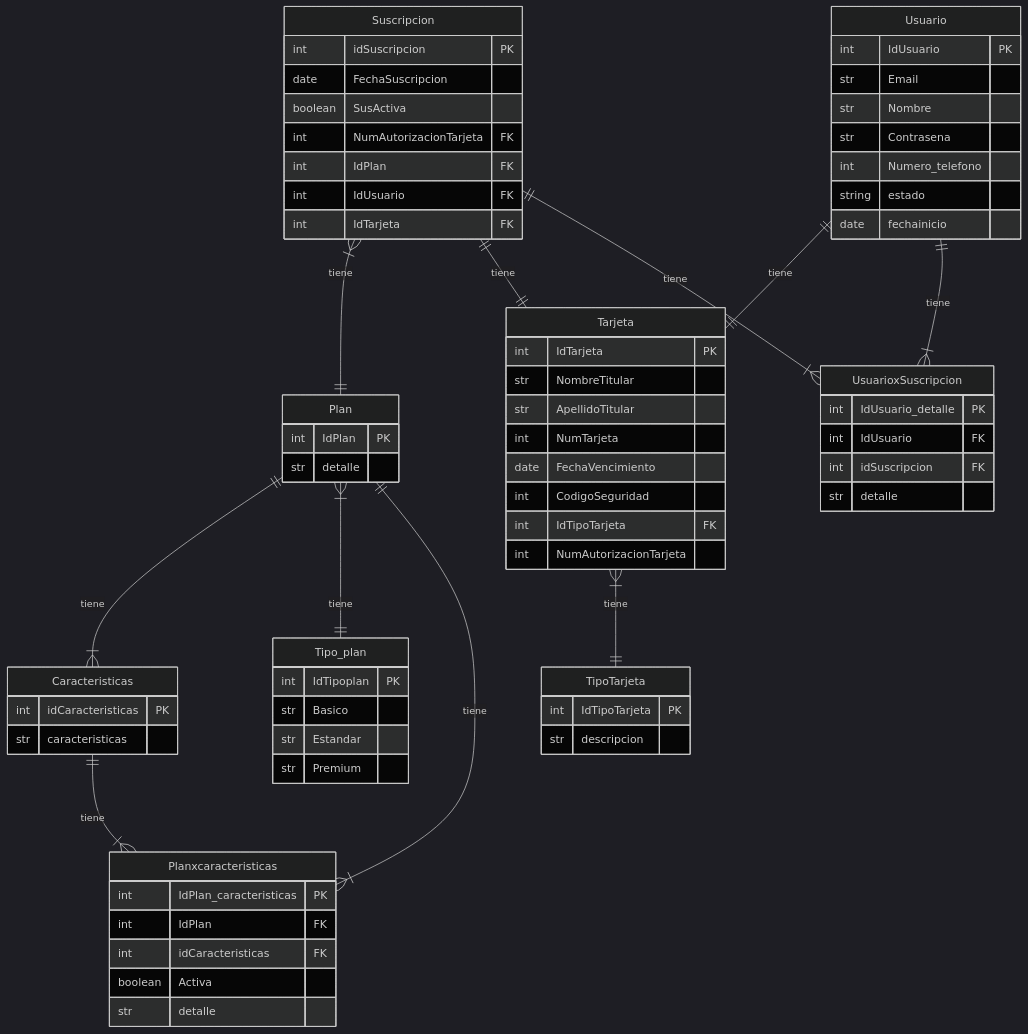
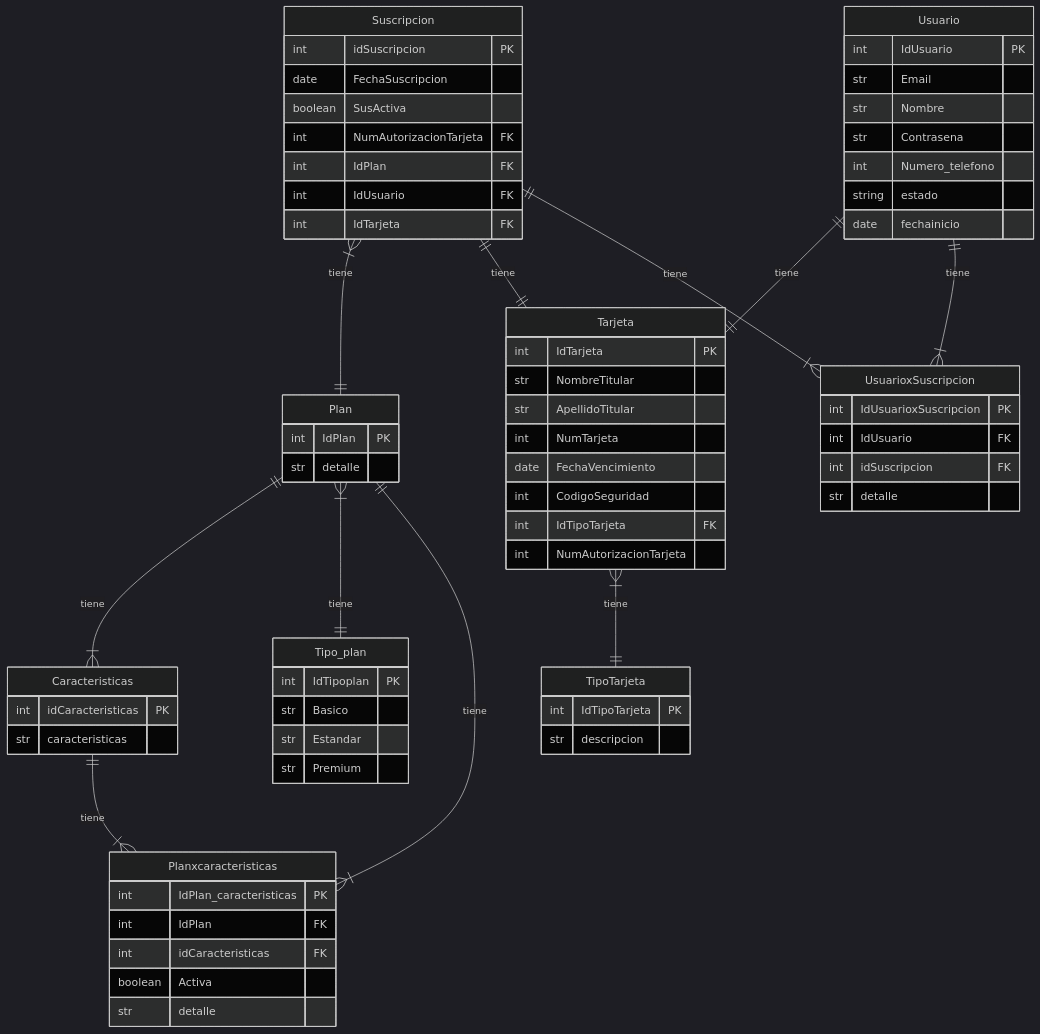
The diagram in Diagramas/diagrama.mmd (gonzalomartinex/TP_Django), drawn with Mermaid (dark theme) before and after one commit. The commit also changed 5 other files, not shown here.

Commit message:
diagrama

```diff
--- a/Diagramas/diagrama.mmd
+++ b/Diagramas/diagrama.mmd
@@ -1,80 +1,80 @@
 erDiagram
     Usuario{
         int IdUsuario PK
         str Email
         str Nombre
         str Contrasena
         int Numero_telefono
         string estado
         date fechainicio
     }
 
     Plan{
         int IdPlan PK 
         str detalle
     }
 
     Caracteristicas{
         int idCaracteristicas PK
         str caracteristicas
     }
 
     Tipo_plan{
         int IdTipoplan PK
         str Basico
         str Estandar
         str Premium
     }
 
     Tarjeta{
         int IdTarjeta PK
         str NombreTitular
         str ApellidoTitular
         int NumTarjeta
         date FechaVencimiento
         int CodigoSeguridad
         int IdTipoTarjeta FK
         int NumAutorizacionTarjeta
     }
 
     TipoTarjeta{
         int IdTipoTarjeta PK
         str descripcion
     }
 
     Suscripcion{
         int idSuscripcion PK
         date FechaSuscripcion
         boolean SusActiva
         int NumAutorizacionTarjeta FK
         int IdPlan FK
         int IdUsuario FK
         int IdTarjeta FK
     }
 
     UsuarioxSuscripcion{
-    int IdUsuario_detalle PK
+    int IdUsuarioxSuscripcion PK
     int IdUsuario FK
     int idSuscripcion FK
     str detalle
     }
 
     Planxcaracteristicas{
         int IdPlan_caracteristicas PK
         int IdPlan FK
         int idCaracteristicas FK
         boolean Activa
         str detalle
     }
 
 
     Usuario ||--|{ UsuarioxSuscripcion: tiene
     Suscripcion ||--|{ UsuarioxSuscripcion: tiene
     Plan ||--|{ Planxcaracteristicas: tiene
     Caracteristicas ||--|{ Planxcaracteristicas: tiene
     Suscripcion ||--|| Tarjeta: tiene
     Suscripcion }|--|| Plan: tiene
     Tarjeta }|--||  TipoTarjeta: tiene
     Plan }|--|| Tipo_plan: tiene
     Plan ||--|{ Caracteristicas: tiene
     Usuario ||--|| Tarjeta: tiene
```
